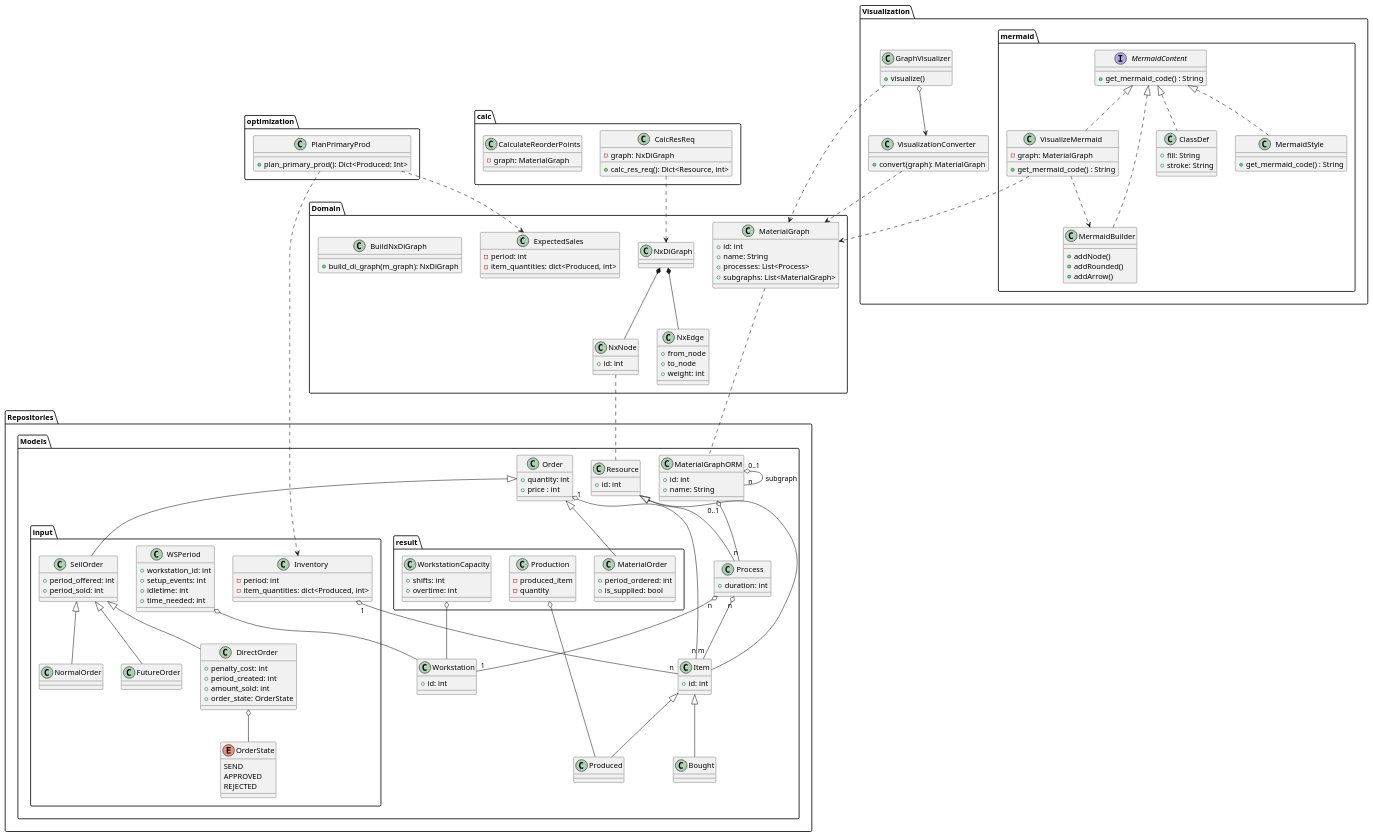
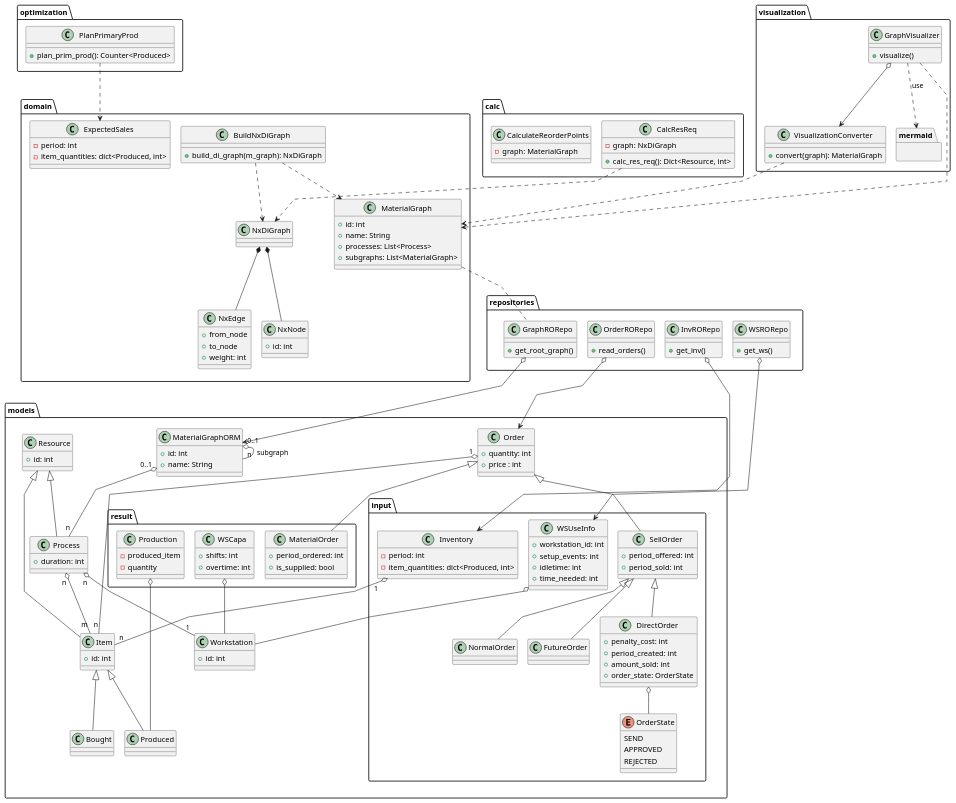
One commit to buecktobias/ibsys2SCM changed the diagram in user-docs/extras/architecture_diagrams/full_class_architecture.puml. Above: the diagram before and after it, drawn with PlantUML. The commit also changed 2 other files, not shown here.

Commit message:
feat: add full class architecture and visualization diagrams

```diff
--- a/user-docs/extras/architecture_diagrams/full_class_architecture.puml
+++ b/user-docs/extras/architecture_diagrams/full_class_architecture.puml
@@ -1,128 +1,149 @@
 @startuml
+skinparam Padding 1
+skinparam NodePadding 1
+skinparam HorizontalSpacing 1
+skinparam VerticalSpacing 1
+skinparam nodesep 20
+skinparam ranksep 50
+skinparam linetype polyline
 
-top to bottom direction
 ' ===== ORM Package =====
 
 
-package Repositories{
+package repositories{
+    class OrderRORepo{
+        + read_orders()
+    }
+
+    class GraphRORepo{
+        + get_root_graph()
+    }
+
+    class InvRORepo{
+        + get_inv()
+    }
+
+    class WSRORepo{
+        + get_ws()
+    }
+}
+
+
+package models {
+    class Order{
+        + quantity: int
+        + price : int
+    }
+
+     package result{
+        class MaterialOrder{
+            + period_ordered: int
+            + is_supplied: bool
+        }
+
+        class Production{
+            - produced_item
+            - quantity
+        }
+
+        class WSCapa{
+            + shifts: int
+            + overtime: int
+        }
+
+     }
 
 
 
-    package Models {
-        class Order{
-            + quantity: int
-            + price : int
+     package input{
+          class WSUseInfo{
+             + workstation_id: int
+             + setup_events: int
+             + idletime: int
+             + time_needed: int
+          }
 
-        }
-
-             package result{
-                class MaterialOrder{
-                    + period_ordered: int
-                    + is_supplied: bool
-                }
-
-                class Production{
-                    - produced_item
-                    - quantity
-                }
-
-                class WorkstationCapacity{
-                    + shifts: int
-                    + overtime: int
-                }
-
-             }
+          enum OrderState{
+            SEND
+            APPROVED
+            REJECTED
+          }
 
 
 
-             package input{
-                  class WSPeriod{
-                     + workstation_id: int
-                     + setup_events: int
-                     + idletime: int
-                     + time_needed: int
-                  }
+          class SellOrder{
+              + period_offered: int
+              + period_sold: int
+          }
 
-                  enum OrderState{
-                    SEND
-                    APPROVED
-                    REJECTED
-                  }
+          class NormalOrder extends SellOrder{
+          }
+          class FutureOrder extends SellOrder {
+          }
+
+          class DirectOrder extends SellOrder{
+             + penalty_cost: int
+             + period_created: int
+             + amount_sold: int
+             + order_state: OrderState
+          }
 
 
 
-                  class SellOrder{
-                      + period_offered: int
-                      + period_sold: int
-                  }
+          class Inventory{
+            - period: int
+            - item_quantities: dict<Produced, int>
+          }
 
-                  class NormalOrder extends SellOrder{
-                  }
-                  class FutureOrder extends SellOrder {
-                  }
+          DirectOrder o-- OrderState
+      }
 
-                  class DirectOrder extends SellOrder{
-                     + penalty_cost: int
-                     + period_created: int
-                     + amount_sold: int
-                     + order_state: OrderState
-                  }
+
+    class MaterialGraphORM {
+        + id: int
+        + name: String
+    }
+
+    class Resource{
+        + id: int
+    }
+
+    class Process extends Resource {
+        + duration: int
+    }
+
+    class Item extends Resource {
+        + id: int
+    }
+
+    class Produced extends Item{
+    }
+    class Bought extends Item{
+    }
+
+    class Workstation {
+        + id: int
+    }
+
+    ' ORM Associations
 
 
 
-                  class Inventory{
-                    - period: int
-                    - item_quantities: dict<Produced, int>
-                  }
+    MaterialGraphORM "0..1" o-- "n" Process
+    MaterialGraphORM "0..1" o--- "n" MaterialGraphORM: "subgraph"
+    Process "n" o-- "m" Item
+    Process "n" o-- "1" Workstation
+    Inventory "1" o-- "n" Item
+    Order "1" o-- "n" Item
+    WSUseInfo o-- Workstation
+    WSCapa o-- Workstation
+    Production o-- Produced
+}
 
-                  DirectOrder o-- OrderState
-          }
-
-
-      class MaterialGraphORM {
-        + id: int
-        + name: String
-      }
-
-      class Resource{
-        + id: int
-      }
-
-      class Process extends Resource {
-        + duration: int
-      }
-      class Item extends Resource {
-        + id: int
-      }
-      class Produced extends Item{
-      }
-      class Bought extends Item{
-      }
-
-      class Workstation {
-        + id: int
-      }
-
-      ' ORM Associations
-
-
-
-      MaterialGraphORM "0..1" o-- "n" Process
-      MaterialGraphORM "0..1" o--- "n" MaterialGraphORM: "subgraph"
-      Process "n" o-- "m" Item
-      Process "n" o-- "1" Workstation
-      Inventory "1" o-- "n" Item
-      Order "1" o-- "n" Item
-      WSPeriod o-- Workstation
-      WorkstationCapacity o-- Workstation
-      Production o-- Produced
-    }
-
-}
 
 package optimization {
     class PlanPrimaryProd{
-        + plan_primary_prod(): Dict<Produced: Int>
+        + plan_prim_prod(): Counter<Produced>
     }
 }
 
@@ -138,7 +159,7 @@
 }
 
 
-package Domain {
+package domain {
     class ExpectedSales {
         - period: int
         - item_quantities: dict<Produced, int>
@@ -150,84 +171,64 @@
         + subgraphs: List<MaterialGraph>
     }
 
+    together{
     class NxNode{
         + id: int
     }
 
-    class NxEdge{
-        + from_node
-        + to_node
-        + weight: int
+        class NxEdge{
+            + from_node
+            + to_node
+            + weight: int
+        }
+
+        class NxDiGraph{
+        }
+
+        class BuildNxDiGraph{
+            + build_di_graph(m_graph): NxDiGraph
+        }
+        NxDiGraph *-- NxEdge
+        NxDiGraph *-- NxNode
     }
-
-    class NxDiGraph{
-    }
-
-    class BuildNxDiGraph{
-        + build_di_graph(m_graph): NxDiGraph
-    }
-
-
-
-    NxDiGraph *-- NxEdge
-    NxDiGraph *-- NxNode
-
 
 }
 
 
 
 
-package "Visualization" {
-
+package visualization {
     class GraphVisualizer{
         + visualize()
     }
 
     class VisualizationConverter {
-    + convert(graph): MaterialGraph
+        + convert(graph): MaterialGraph
     }
 
     package mermaid{
-      interface MermaidContent {
-        + get_mermaid_code() : String
-      }
-
-      class ClassDef implements MermaidContent {
-        + fill: String
-        + stroke: String
-      }
-
-      class MermaidStyle implements MermaidContent {
-        + get_mermaid_code() : String
-      }
-
-      class MermaidBuilder implements MermaidContent {
-        + addNode()
-        + addRounded()
-        + addArrow()
-      }
-
-      class VisualizeMermaid implements MermaidContent {
-        - graph: MaterialGraph
-        + get_mermaid_code() : String
-      }
     }
 
     ' Visualization Dependencies
     VisualizationConverter ..> MaterialGraph
-    VisualizeMermaid ..> MermaidBuilder
-    VisualizeMermaid ..> MaterialGraph
-
     GraphVisualizer o--> VisualizationConverter
     GraphVisualizer ..> MaterialGraph
+
+    GraphVisualizer ..> mermaid: "use"
 }
+repositories -[hidden]- models
+
+GraphRORepo o-> MaterialGraphORM
+OrderRORepo o-> Order
+
+WSRORepo o-> WSUseInfo
+InvRORepo o-> Inventory
+
 CalcResReq ..> NxDiGraph
-PlanPrimaryProd ..> Inventory
 PlanPrimaryProd ..> ExpectedSales
-MaterialGraph ... MaterialGraphORM
 SellOrder -up-|> Order
 MaterialOrder -up-|> Order
-
-NxNode .. Resource
+BuildNxDiGraph ..> NxDiGraph
+BuildNxDiGraph ..> MaterialGraph
+MaterialGraph .. GraphRORepo
 @enduml
```
